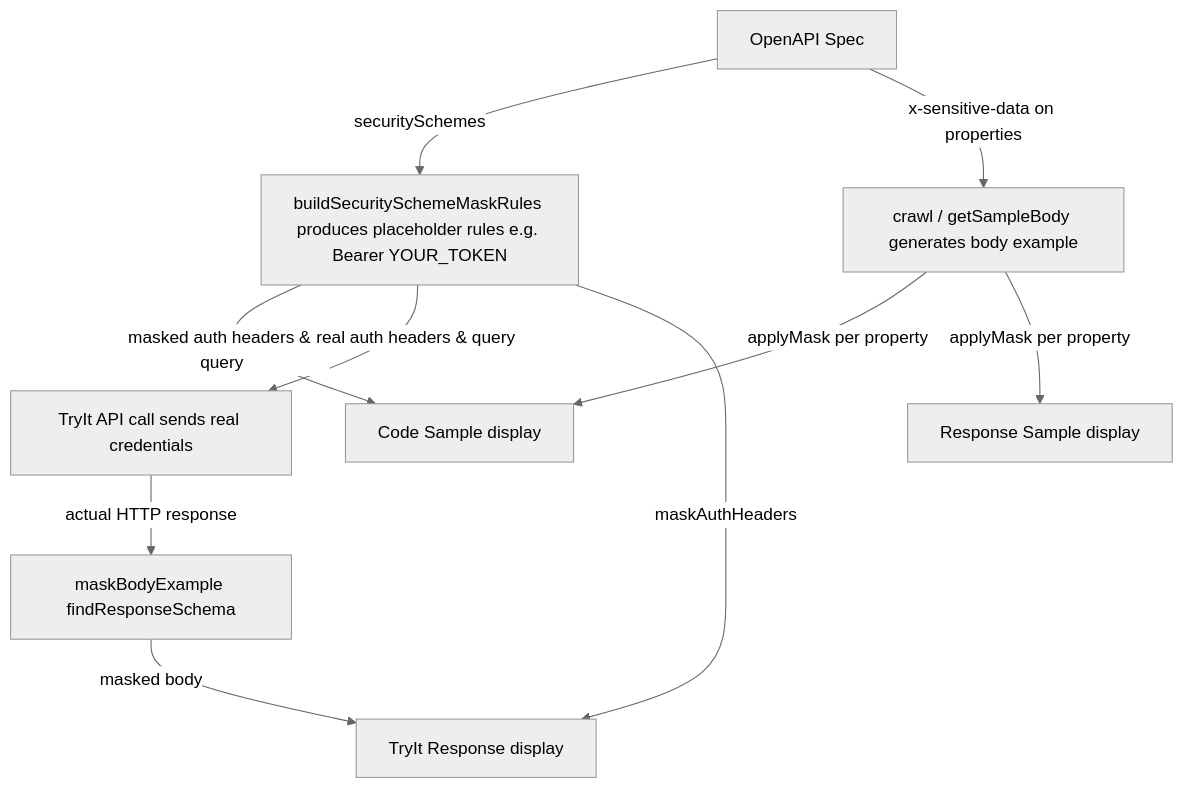
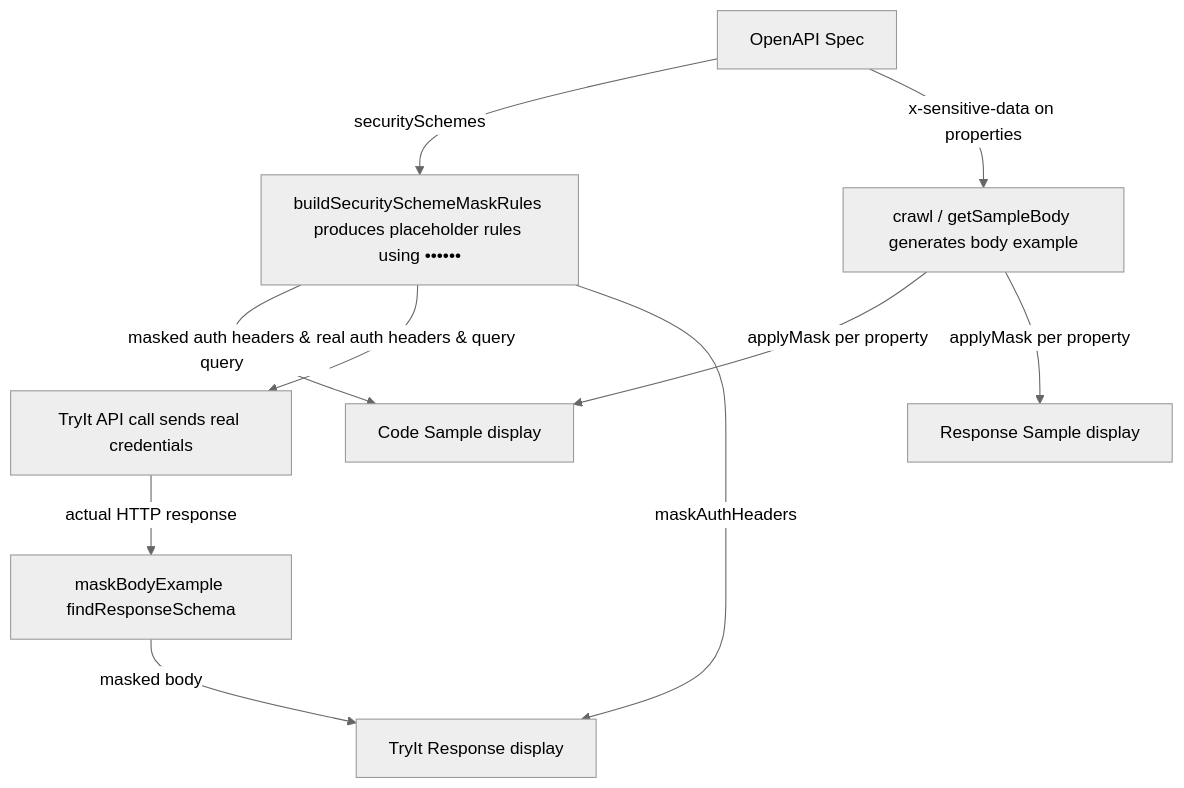
The diagram in docs/extensions.md (Kong/spec-renderer), drawn with Mermaid (neutral theme) before and after one commit. The commit also changed other lines of this file and 7 other files, not shown here.

````diff
--- a/docs/extensions.md
+++ b/docs/extensions.md
@@ -110,18 +111,18 @@
 ```mermaid
 flowchart TD
     spec[OpenAPI Spec]
 
-    spec -->|securitySchemes| rules[buildSecuritySchemeMaskRules produces placeholder rules e.g. Bearer YOUR_TOKEN]
+    spec -->|securitySchemes| rules[buildSecuritySchemeMaskRules produces placeholder rules using ••••••]
     spec -->|x-sensitive-data on properties| crawl[crawl / getSampleBody generates body example]
 
     rules -->|masked auth headers & query| RS[Code Sample display]
     rules -->|real auth headers & query| TI[TryIt API call sends real credentials]
 
     crawl -->|applyMask per property| RS
     crawl -->|applyMask per property| RespS[Response Sample display]
 
     TI -->|actual HTTP response| mask[maskBodyExample findResponseSchema]
     mask -->|masked body| TR[TryIt Response display]
 
     rules -->|maskAuthHeaders| TR
 ```
````
